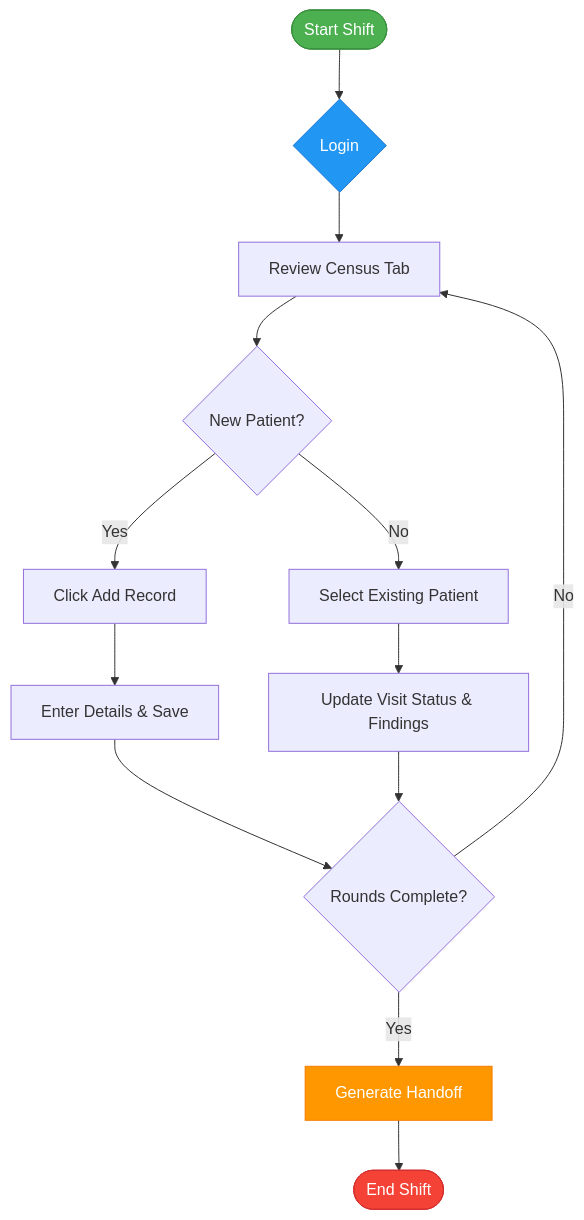
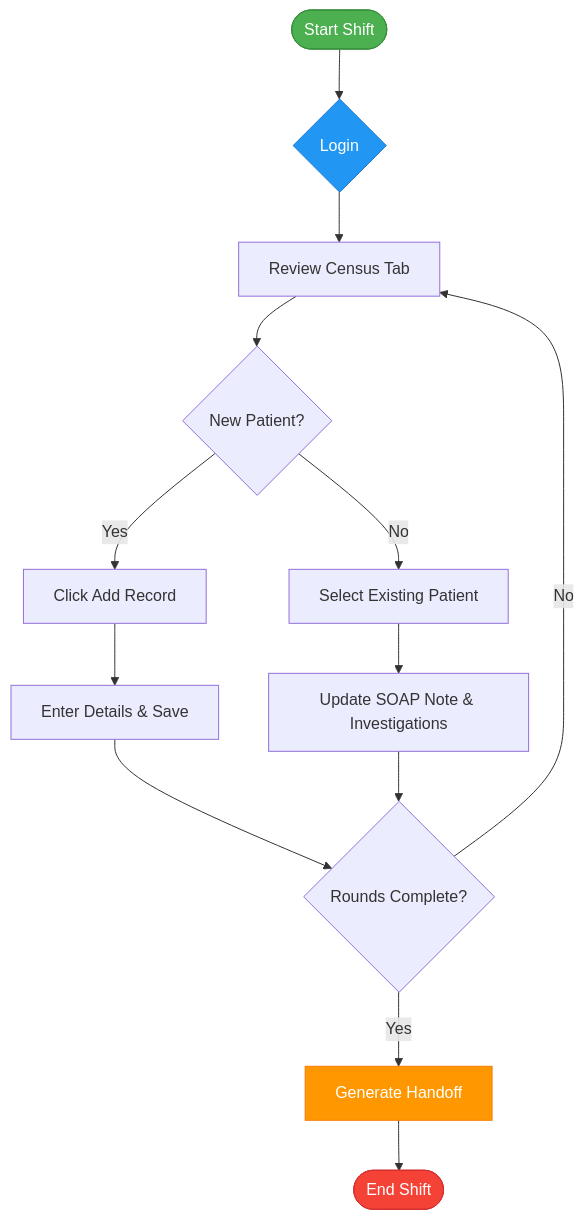
Before and after one commit to art1907/Clinical-Roundup-List: the first of 3 diagrams in documents/USERGUIDE.md, drawn with Mermaid. The commit also changed other lines of this file and 2 other files, not shown here.

Commit message:
Enhance USERGUIDE with SOAP Note structure and update terminology for patient records. Introduce repeatable imaging cards and clarify data handling for previous visits. No SharePoint schema changes required. Add detailed layout for SOAP notes and structured plan categories.

````diff
--- a/documents/USERGUIDE.md
+++ b/documents/USERGUIDE.md
@@ -22,20 +22,20 @@
 ```mermaid
 flowchart TD
    A([Start Shift]) --> B{Login}
     B --> C[Review Census Tab]
     C --> D{New Patient?}
    D -- Yes --> E[Click Add Record]
     D -- No --> F[Select Existing Patient]
     E --> G[Enter Details & Save]
-   F --> H[Update Visit Status & Findings]
+   F --> H[Update SOAP Note & Investigations]
     G --> I{Rounds Complete?}
     H --> I
     I -- No --> C
     I -- Yes --> J[Generate Handoff]
     J --> K([End Shift])
 
     style A fill:#4CAF50,stroke:#388E3C,color:#fff
     style K fill:#F44336,stroke:#D32F2F,color:#fff
     style B fill:#2196F3,stroke:#1976D2,color:#fff
     style J fill:#FF9800,stroke:#F57C00,color:#fff
 ```
````
